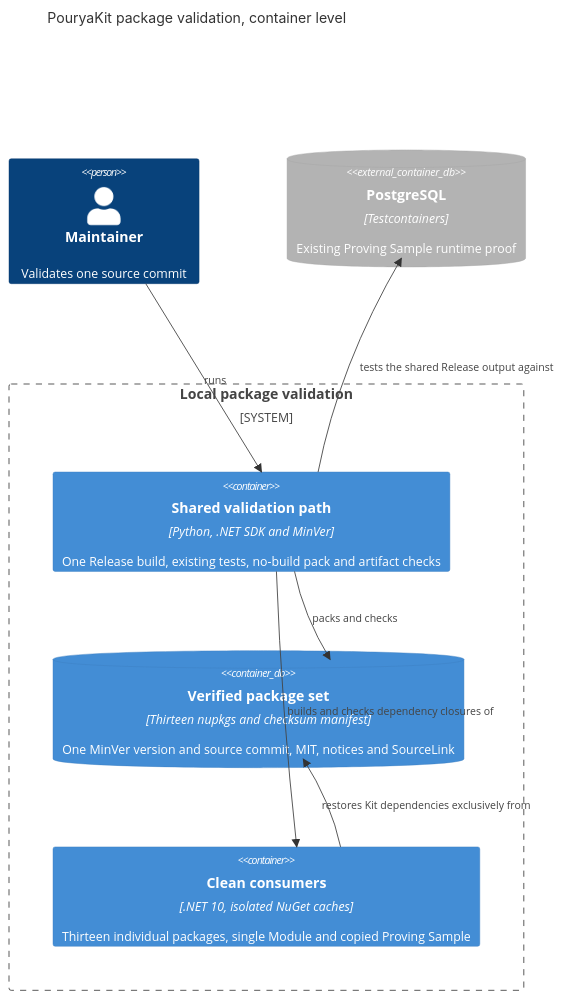
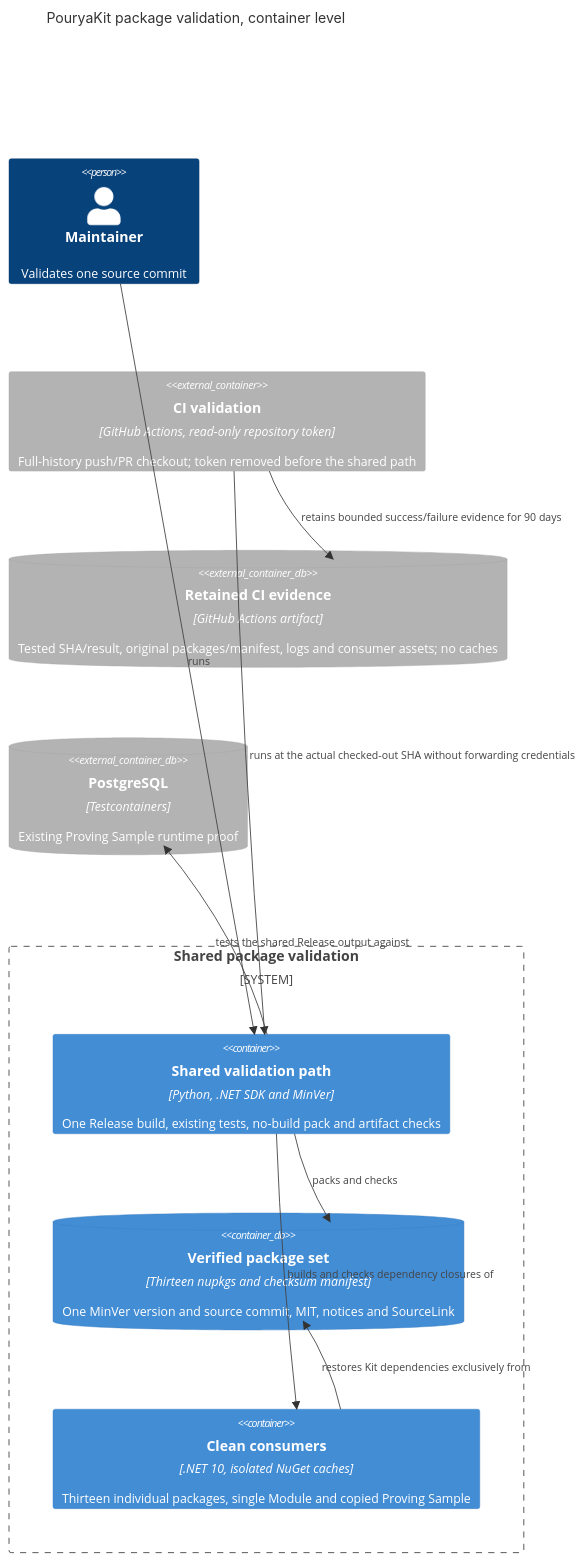
One commit to PouryaNoufallah96/PouryaKit changed the first of 4 diagrams in docs/architecture/README.md. Above: the diagram before and after it, drawn with Mermaid. The commit also changed other lines of this file and 11 other files, not shown here.

Commit message:
Run shared package validation in read-only CI (#26)

````diff
--- a/docs/architecture/README.md
+++ b/docs/architecture/README.md
@@ -11,16 +11,20 @@
 ```mermaid
 C4Container
     title PouryaKit package validation, container level
     Person(maintainer, "Maintainer", "Validates one source commit")
-    System_Boundary(validation, "Local package validation") {
+    Container_Ext(ci, "CI validation", "GitHub Actions, read-only repository token", "Full-history push/PR checkout; token removed before the shared path")
+    System_Boundary(validation, "Shared package validation") {
         Container(path, "Shared validation path", "Python, .NET SDK and MinVer", "One Release build, existing tests, no-build pack and artifact checks")
         ContainerDb(artifacts, "Verified package set", "Thirteen nupkgs and checksum manifest", "One MinVer version and source commit, MIT, notices and SourceLink")
         Container(consumers, "Clean consumers", ".NET 10, isolated NuGet caches", "Thirteen individual packages, single Module and copied Proving Sample")
     }
+    ContainerDb_Ext(evidence, "Retained CI evidence", "GitHub Actions artifact", "Tested SHA/result, original packages/manifest, logs and consumer assets; no caches")
     ContainerDb_Ext(postgresql, "PostgreSQL", "Testcontainers", "Existing Proving Sample runtime proof")
     Rel(maintainer, path, "runs")
+    Rel(ci, path, "runs at the actual checked-out SHA without forwarding credentials")
+    Rel(ci, evidence, "retains bounded success/failure evidence for 90 days")
     Rel(path, postgresql, "tests the shared Release output against")
     Rel(path, artifacts, "packs and checks")
     Rel(consumers, artifacts, "restores Kit dependencies exclusively from")
     Rel(path, consumers, "builds and checks dependency closures of")
 ```
````
